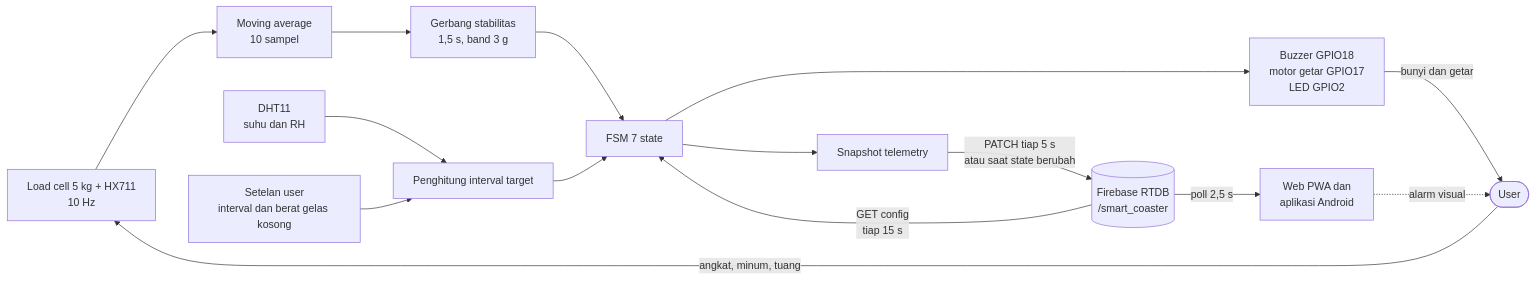
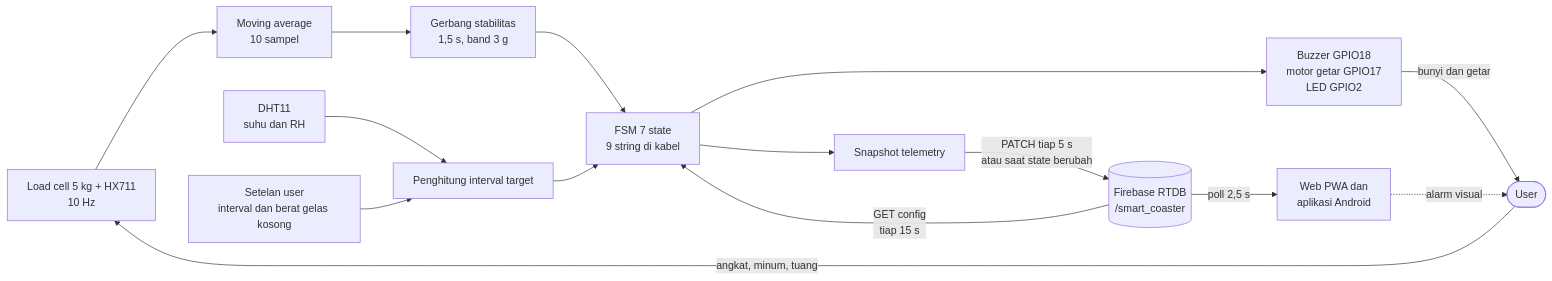
The diagram in docs/garis_besar_sistem.md (WindraNatan/Coaster), drawn with Mermaid before and after one commit. The commit also changed other lines of this file, not shown here.

````diff
--- a/docs/garis_besar_sistem.md
+++ b/docs/garis_besar_sistem.md
@@ -23,17 +23,17 @@
 ```mermaid
 flowchart LR
     LC["Load cell 5 kg + HX711<br/>10 Hz"] --> MA["Moving average<br/>10 sampel"]
     MA --> GATE["Gerbang stabilitas<br/>1,5 s, band 3 g"]
     DHT["DHT11<br/>suhu dan RH"] --> SP["Penghitung interval target"]
     CFG["Setelan user<br/>interval dan berat gelas kosong"] --> SP
-    GATE --> FSM["FSM 7 state"]
+    GATE --> FSM["FSM 7 state<br/>9 string di kabel"]
     SP --> FSM
     FSM --> ACT["Buzzer GPIO18<br/>motor getar GPIO17<br/>LED GPIO2"]
     FSM --> SNAP["Snapshot telemetry"]
     SNAP -->|"PATCH tiap 5 s<br/>atau saat state berubah"| FB[("Firebase RTDB<br/>/smart_coaster")]
     FB -->|"GET config<br/>tiap 15 s"| FSM
     FB -->|"poll 2,5 s"| UI["Web PWA dan<br/>aplikasi Android"]
     ACT -->|"bunyi dan getar"| USER(["User"])
     UI -.->|"alarm visual"| USER
     USER -->|"angkat, minum, tuang"| LC
 ```
````
